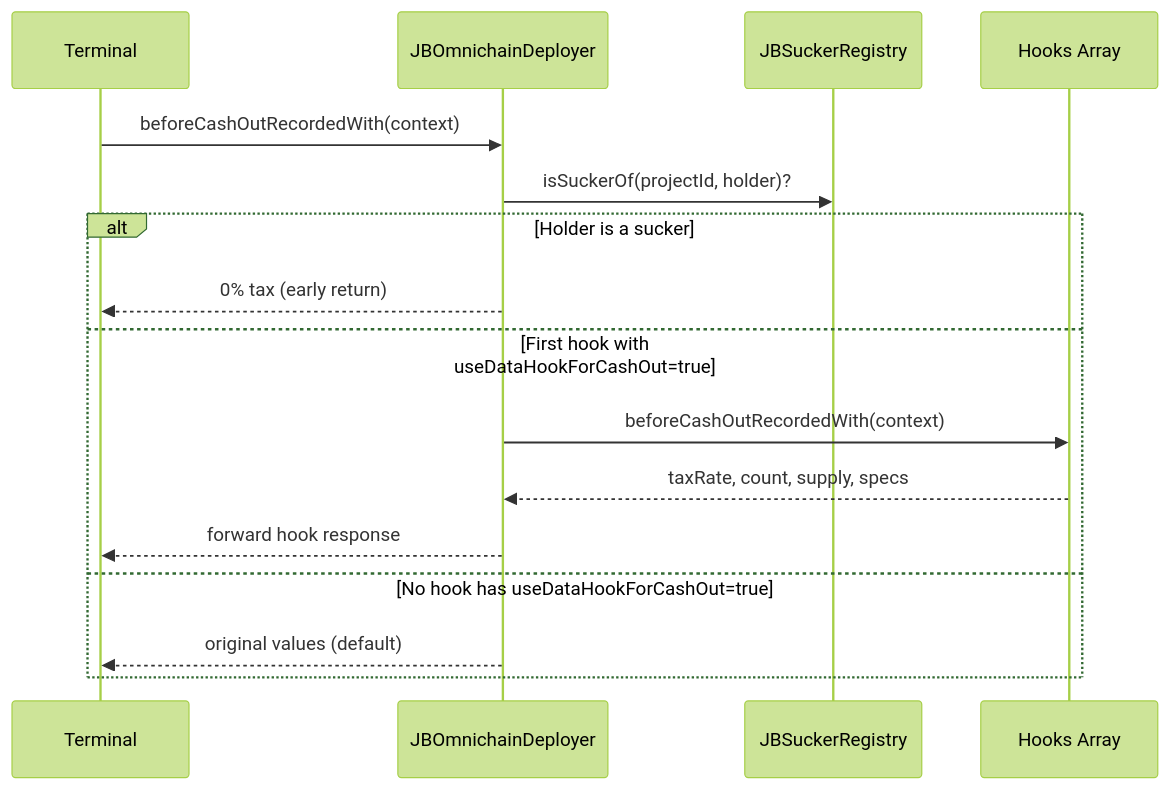
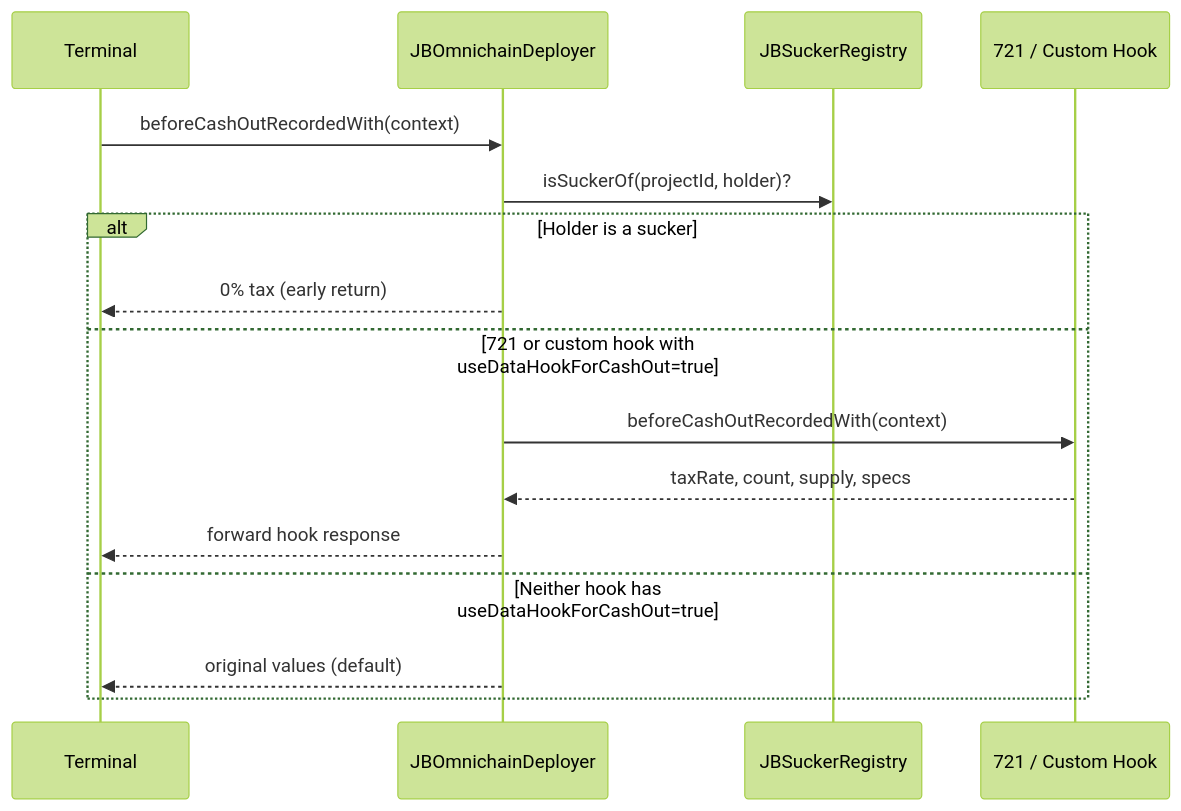
The second of 2 diagrams in README.md (Bananapus/nana-omnichain-deployers-v6), drawn with Mermaid (forest theme) before and after one commit. The commit also changed other lines of this file and 16 other files, not shown here.

First line of the commit message:
Separate 721 hook from custom data hook storage

````diff
--- a/README.md
+++ b/README.md
@@ -41,19 +41,19 @@
 ```mermaid
 sequenceDiagram
     participant Terminal
     participant Deployer as JBOmnichainDeployer
     participant Registry as JBSuckerRegistry
-    participant Hook as Hooks Array
+    participant Hook as 721 / Custom Hook
 
     Terminal->>Deployer: beforeCashOutRecordedWith(context)
     Deployer->>Registry: isSuckerOf(projectId, holder)?
     alt Holder is a sucker
         Deployer-->>Terminal: 0% tax (early return)
-    else First hook with useDataHookForCashOut=true
+    else 721 or custom hook with useDataHookForCashOut=true
         Deployer->>Hook: beforeCashOutRecordedWith(context)
         Hook-->>Deployer: taxRate, count, supply, specs
         Deployer-->>Terminal: forward hook response
-    else No hook has useDataHookForCashOut=true
+    else Neither hook has useDataHookForCashOut=true
         Deployer-->>Terminal: original values (default)
     end
 ```
````
